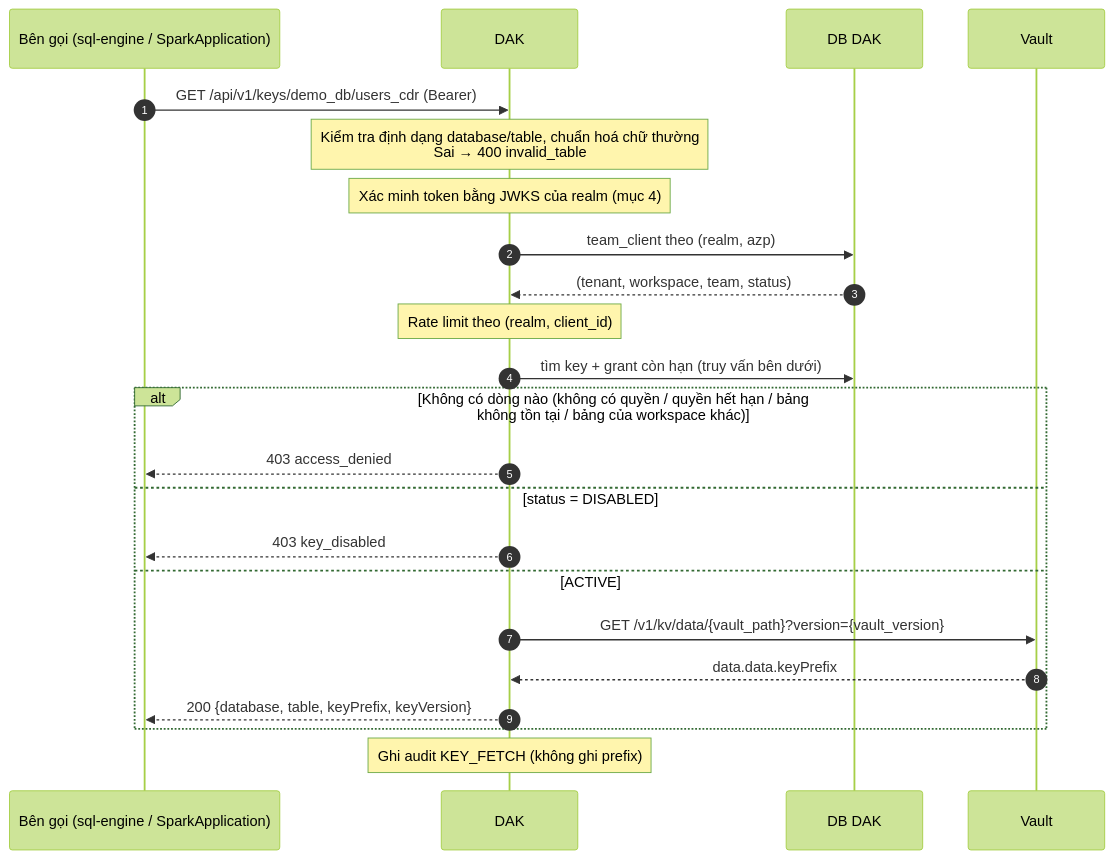
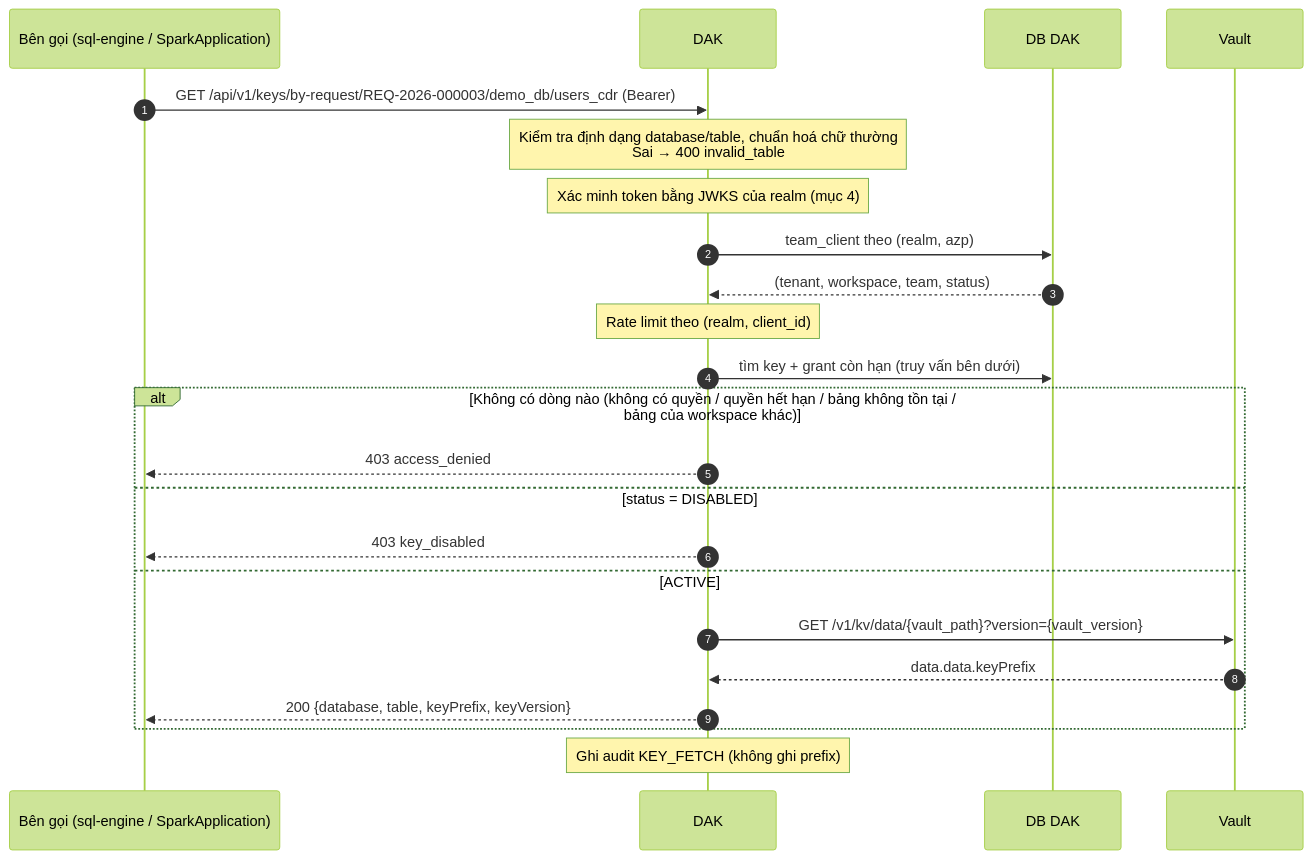
Before and after one commit to hungvu110/custom-crypto-spark-app: the fourth of 4 diagrams in docs/key-access/DAK_API_SPEC.md, drawn with Mermaid (forest theme). The commit also changed other lines of this file and 5 other files, not shown here.

````diff
--- a/docs/key-access/DAK_API_SPEC.md
+++ b/docs/key-access/DAK_API_SPEC.md
@@ -281,26 +282,26 @@
 ```mermaid
 sequenceDiagram
     autonumber
     participant C as Bên gọi (sql-engine / SparkApplication)
     participant D as DAK
     participant DB as DB DAK
     participant V as Vault
 
-    C->>D: GET /api/v1/keys/demo_db/users_cdr (Bearer)
+    C->>D: GET /api/v1/keys/by-request/REQ-2026-000003/demo_db/users_cdr (Bearer)
     Note over D: Kiểm tra định dạng database/table, chuẩn hoá chữ thường<br/>Sai → 400 invalid_table
     Note over D: Xác minh token bằng JWKS của realm (mục 4)
     D->>DB: team_client theo (realm, azp)
     DB-->>D: (tenant, workspace, team, status)
     Note over D: Rate limit theo (realm, client_id)
     D->>DB: tìm key + grant còn hạn (truy vấn bên dưới)
     alt Không có dòng nào (không có quyền / quyền hết hạn / bảng không tồn tại / bảng của workspace khác)
         D-->>C: 403 access_denied
     else status = DISABLED
         D-->>C: 403 key_disabled
     else ACTIVE
         D->>V: GET /v1/kv/data/{vault_path}?version={vault_version}
         V-->>D: data.data.keyPrefix
         D-->>C: 200 {database, table, keyPrefix, keyVersion}
     end
     Note over D: Ghi audit KEY_FETCH (không ghi prefix)
 ```
````
